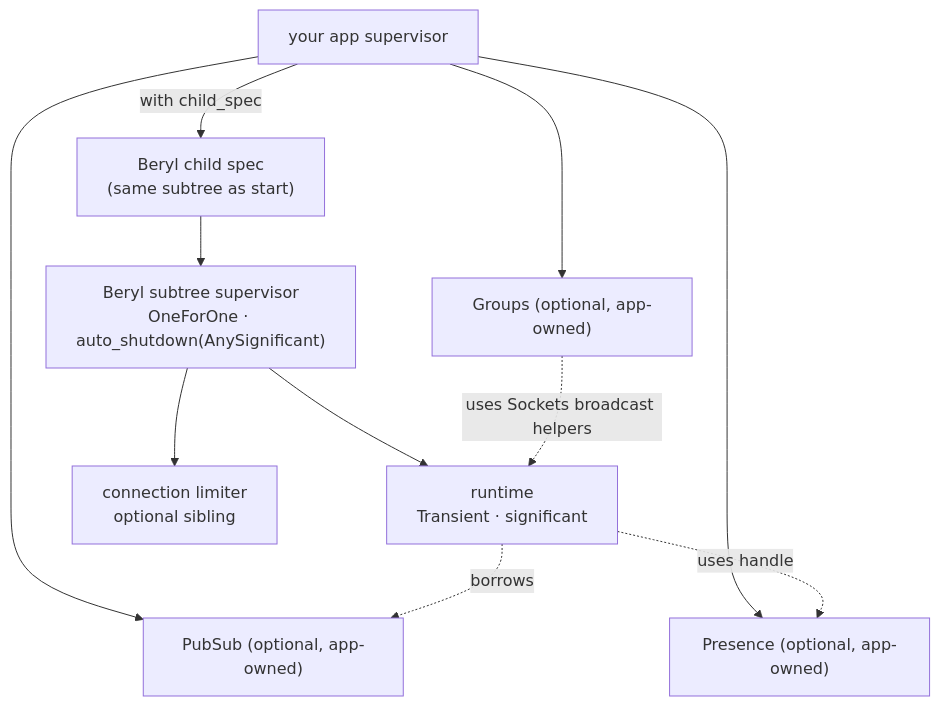
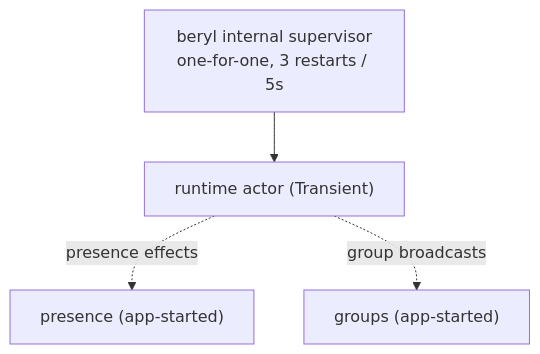
Before and after one commit to tylerbutler/beryl: the second of 2 diagrams in website/src/content/docs/architecture/overview.md, drawn with Mermaid. The commit also changed other lines of this file and 35 other files, not shown here.

````diff
--- a/website/src/content/docs/architecture/overview.md
+++ b/website/src/content/docs/architecture/overview.md
@@ -65,21 +63,9 @@
 ```mermaid
 flowchart TB
-  App["your app supervisor"]
-  PS["PubSub (optional, app-owned)"]
-  PR["Presence (optional, app-owned)"]
-  GR["Groups (optional, app-owned)"]
-  Spec["Beryl child spec<br/>(same subtree as start)"]
-  Sup["Beryl subtree supervisor<br/>OneForOne · auto_shutdown(AnySignificant)"]
-  RT["runtime<br/>Transient · significant"]
-  LI["connection limiter<br/>optional sibling"]
-
-  App --> PS
-  App --> PR
-  App --> GR
-  App -->|with child_spec| Spec --> Sup
-  Sup --> RT
-  Sup --> LI
-  RT -. borrows .-> PS
-  RT -. uses handle .-> PR
-  GR -. uses Sockets broadcast helpers .-> RT
+  S["beryl internal supervisor<br/>one-for-one, 3 restarts / 5s"]
+  S --> RT["runtime actor (Transient)"]
+  PR["presence (app-started)"]
+  GR["groups (app-started)"]
+  RT -. "presence effects" .-> PR
+  RT -. "group broadcasts" .-> GR
 ```
````
